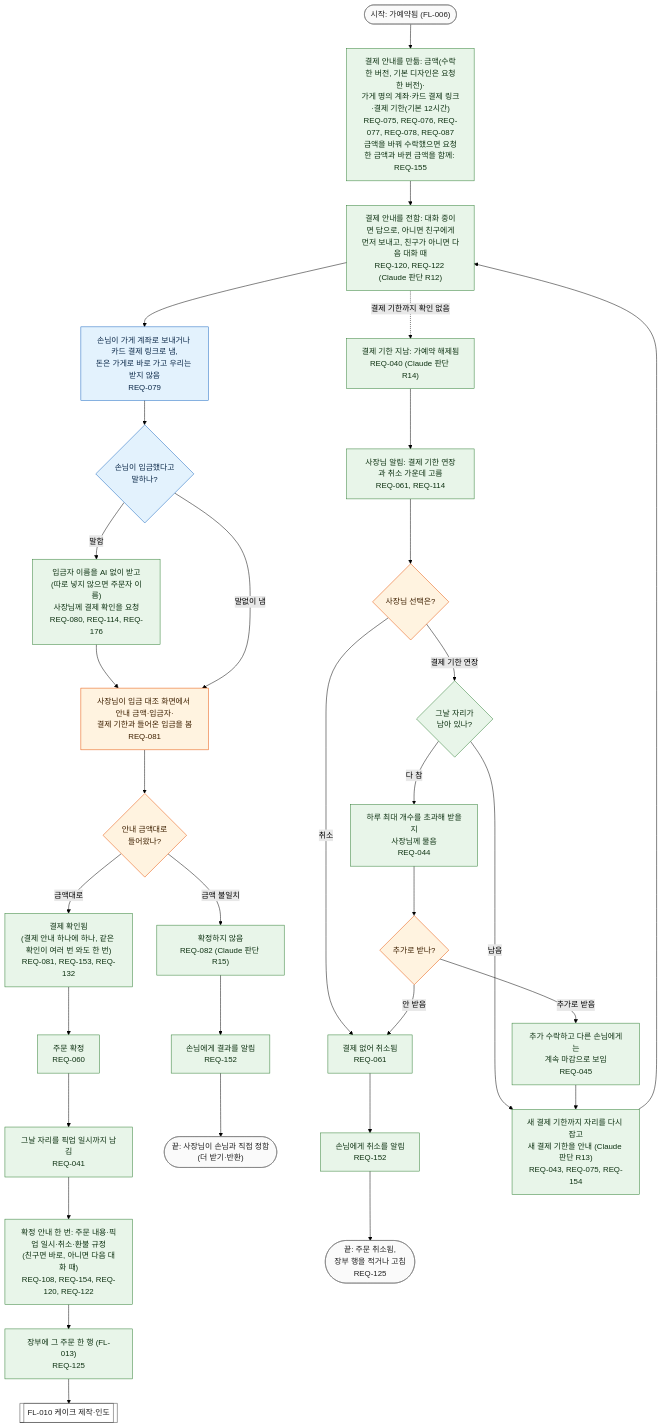
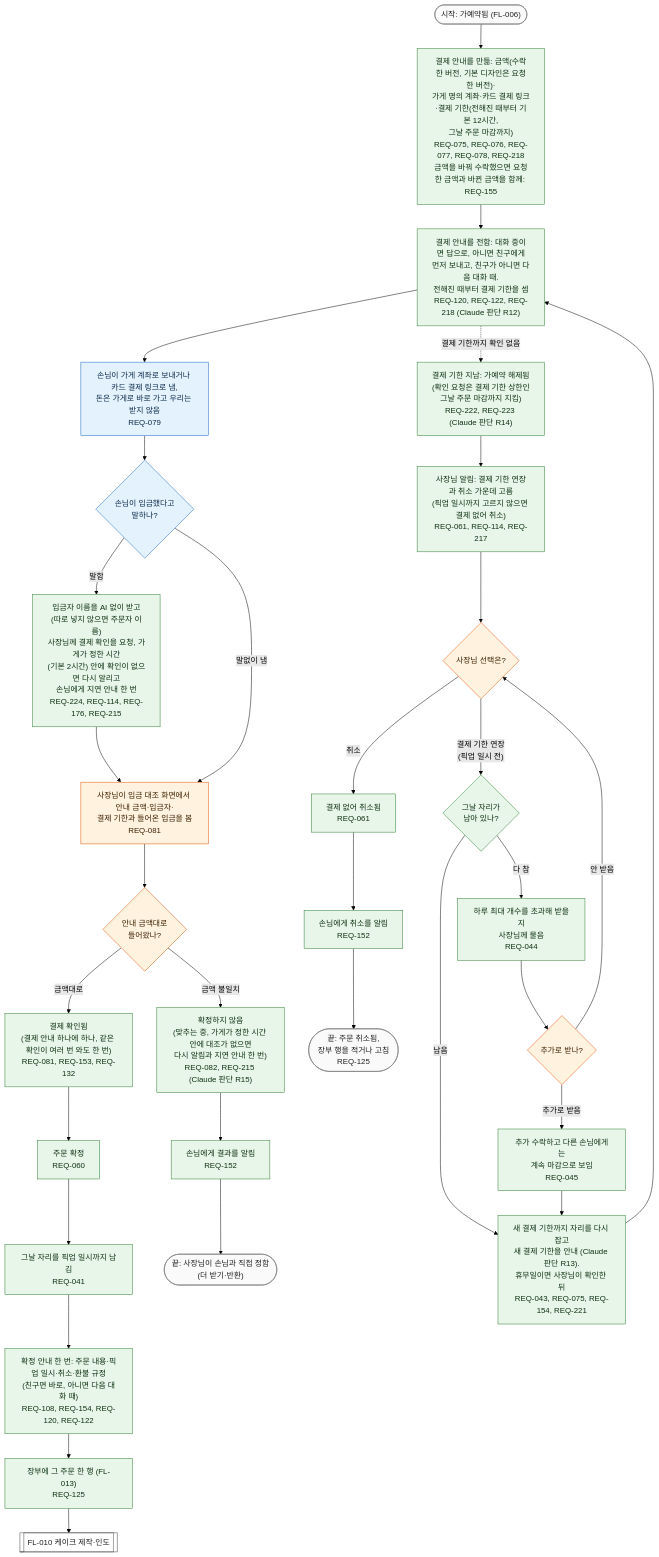
The diagram in docs/03-user-flow/FL-007-pay-and-confirm.md (kodonghui/siljang.ai), drawn with Mermaid (forest theme) before and after one commit. The commit also changed other lines of this file and 13 other files, not shown here.

````diff
--- a/docs/03-user-flow/FL-007-pay-and-confirm.md
+++ b/docs/03-user-flow/FL-007-pay-and-confirm.md
@@ -18,57 +18,57 @@
 ```mermaid
 flowchart TD
   S(["시작: 가예약됨 (FL-006)"])
-  P1["결제 안내를 만듦: 금액(수락한 버전, 기본 디자인은 요청한 버전)·<br/>가게 명의 계좌·카드 결제 링크·결제 기한(기본 12시간)<br/>REQ-075, REQ-076, REQ-077, REQ-078, REQ-087<br/>금액을 바꿔 수락했으면 요청한 금액과 바뀐 금액을 함께: REQ-155"]
-  P2["결제 안내를 전함: 대화 중이면 답으로, 아니면 친구에게<br/>먼저 보내고, 친구가 아니면 다음 대화 때<br/>REQ-120, REQ-122 (Claude 판단 R12)"]
+  P1["결제 안내를 만듦: 금액(수락한 버전, 기본 디자인은 요청한 버전)·<br/>가게 명의 계좌·카드 결제 링크·결제 기한(전해진 때부터 기본 12시간,<br/>그날 주문 마감까지)<br/>REQ-075, REQ-076, REQ-077, REQ-078, REQ-218<br/>금액을 바꿔 수락했으면 요청한 금액과 바뀐 금액을 함께: REQ-155"]
+  P2["결제 안내를 전함: 대화 중이면 답으로, 아니면 친구에게<br/>먼저 보내고, 친구가 아니면 다음 대화 때.<br/>전해진 때부터 결제 기한을 셈<br/>REQ-120, REQ-122, REQ-218 (Claude 판단 R12)"]
   P3["손님이 가게 계좌로 보내거나 카드 결제 링크로 냄,<br/>돈은 가게로 바로 가고 우리는 받지 않음<br/>REQ-079"]
   D1{"손님이 입금했다고<br/>말하나?"}
-  P4["입금자 이름을 AI 없이 받고(따로 넣지 않으면 주문자 이름)<br/>사장님께 결제 확인을 요청<br/>REQ-080, REQ-114, REQ-176"]
+  P4["입금자 이름을 AI 없이 받고(따로 넣지 않으면 주문자 이름)<br/>사장님께 결제 확인을 요청, 가게가 정한 시간<br/>(기본 2시간) 안에 확인이 없으면 다시 알리고<br/>손님에게 지연 안내 한 번<br/>REQ-224, REQ-114, REQ-176, REQ-215"]
   P5["사장님이 입금 대조 화면에서 안내 금액·입금자·<br/>결제 기한과 들어온 입금을 봄<br/>REQ-081"]
   D2{"안내 금액대로<br/>들어왔나?"}
   P6["결제 확인됨<br/>(결제 안내 하나에 하나, 같은 확인이 여러 번 와도 한 번)<br/>REQ-081, REQ-153, REQ-132"]
   P7["주문 확정<br/>REQ-060"]
   P8["그날 자리를 픽업 일시까지 남김<br/>REQ-041"]
   P9["확정 안내 한 번: 주문 내용·픽업 일시·취소·환불 규정<br/>(친구면 바로, 아니면 다음 대화 때)<br/>REQ-108, REQ-154, REQ-120, REQ-122"]
   P10["장부에 그 주문 한 행 (FL-013)<br/>REQ-125"]
   F10[["FL-010 케이크 제작·인도"]]
-  P11["확정하지 않음<br/>REQ-082 (Claude 판단 R15)"]
+  P11["확정하지 않음<br/>(맞추는 중, 가게가 정한 시간 안에 대조가 없으면<br/>다시 알림과 지연 안내 한 번)<br/>REQ-082, REQ-215 (Claude 판단 R15)"]
   G2a["손님에게 결과를 알림<br/>REQ-152"]
   E1(["끝: 사장님이 손님과 직접 정함<br/>(더 받기·반환)"])
-  T1["결제 기한 지남: 가예약 해제됨<br/>REQ-040 (Claude 판단 R14)"]
-  T2["사장님 알림: 결제 기한 연장과 취소 가운데 고름<br/>REQ-061, REQ-114"]
+  T1["결제 기한 지남: 가예약 해제됨<br/>(확인 요청은 결제 기한 상한인<br/>그날 주문 마감까지 지킴)<br/>REQ-222, REQ-223 (Claude 판단 R14)"]
+  T2["사장님 알림: 결제 기한 연장과 취소 가운데 고름<br/>(픽업 일시까지 고르지 않으면 결제 없어 취소)<br/>REQ-061, REQ-114, REQ-217"]
   D3{"사장님 선택은?"}
   T3["결제 없어 취소됨<br/>REQ-061"]
   G2b["손님에게 취소를 알림<br/>REQ-152"]
   E2(["끝: 주문 취소됨,<br/>장부 행을 적거나 고침<br/>REQ-125"])
   D4{"그날 자리가<br/>남아 있나?"}
-  T4["새 결제 기한까지 자리를 다시 잡고<br/>새 결제 기한을 안내 (Claude 판단 R13)<br/>REQ-043, REQ-075, REQ-154"]
+  T4["새 결제 기한까지 자리를 다시 잡고<br/>새 결제 기한을 안내 (Claude 판단 R13).<br/>휴무일이면 사장님이 확인한 뒤<br/>REQ-043, REQ-075, REQ-154, REQ-221"]
   T5["하루 최대 개수를 초과해 받을지<br/>사장님께 물음<br/>REQ-044"]
   D5{"추가로 받나?"}
   T6["추가 수락하고 다른 손님에게는<br/>계속 마감으로 보임<br/>REQ-045"]
 
   S --> P1 --> P2 --> P3 --> D1
   D1 -->|"말함"| P4 --> P5
   D1 -->|"말없이 냄"| P5
   P5 --> D2
   D2 -->|"금액대로"| P6 --> P7 --> P8 --> P9 --> P10 --> F10
   D2 -->|"금액 불일치"| P11 --> G2a --> E1
   P2 -.->|"결제 기한까지 확인 없음"| T1 --> T2 --> D3
   D3 -->|"취소"| T3 --> G2b --> E2
-  D3 -->|"결제 기한 연장"| D4
+  D3 -->|"결제 기한 연장<br/>(픽업 일시 전)"| D4
   D4 -->|"남음"| T4 --> P2
   D4 -->|"다 참"| T5 --> D5
   D5 -->|"추가로 받음"| T6 --> T4
-  D5 -->|"안 받음"| T3
+  D5 -->|"안 받음"| D3
 
   classDef cust fill:#e3f2fd,stroke:#1565c0,color:#0d2a4a
   classDef owner fill:#fff3e0,stroke:#e65100,color:#3e2000
   classDef svc fill:#e8f5e9,stroke:#2e7d32,color:#0f3313
   classDef gap fill:#fffde7,stroke:#f9a825,stroke-dasharray:5 5,color:#4a3b00
   classDef flow fill:#ffffff,stroke:#424242,color:#212121
   classDef term fill:#fafafa,stroke:#757575,color:#212121
   class P3,D1 cust
   class P5,D2,D3,D5 owner
   class P1,P2,P4,P6,P7,P8,P9,P10,P11,T1,T2,T3,D4,T4,T5,T6,G2a,G2b svc
   class F10 flow
   class S,E1,E2 term
 ```
````
